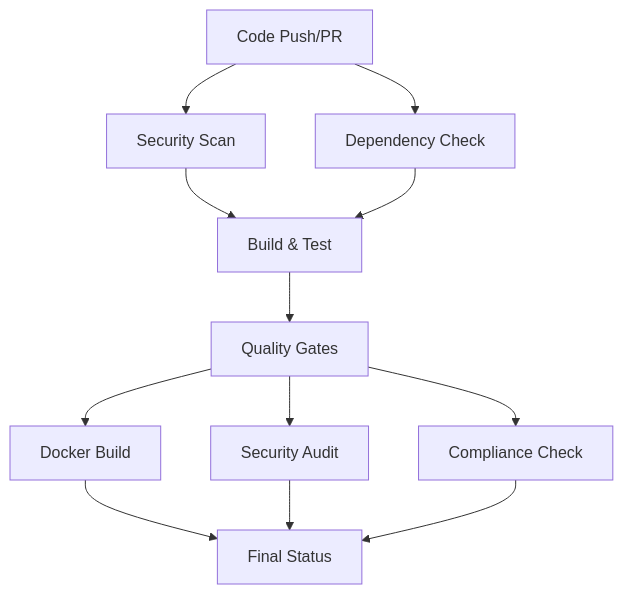
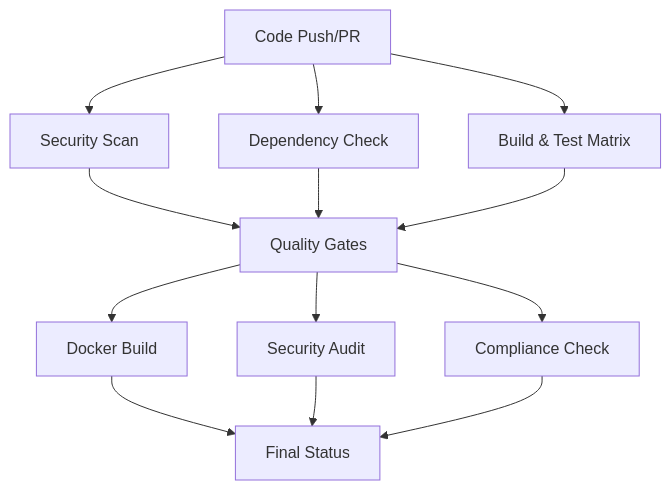
Before and after one commit to thedignifiedco/spring-petclinic: the diagram in CI-CD-README.md, drawn with Mermaid. The commit also changed other lines of this file and 1 other file, not shown here.

````diff
--- a/CI-CD-README.md
+++ b/CI-CD-README.md
@@ -9,14 +9,15 @@
 ```mermaid
 graph TD
     A[Code Push/PR] --> B[Security Scan]
     A --> C[Dependency Check]
-    B --> D[Build & Test]
-    C --> D
-    D --> E[Quality Gates]
+    A --> D[Build & Test Matrix]
+    B --> E[Quality Gates]
+    C --> E
+    D --> E
     E --> F[Docker Build]
     E --> G[Security Audit]
     E --> H[Compliance Check]
     F --> I[Final Status]
     G --> I
     H --> I
 ```
````
